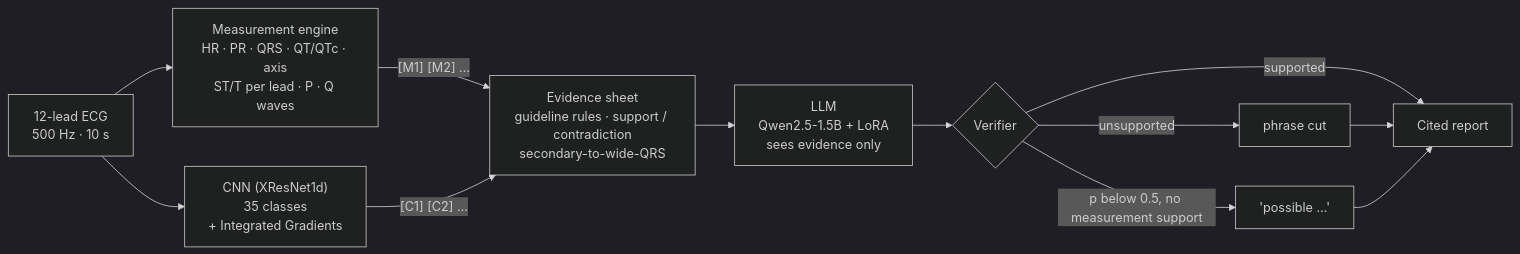
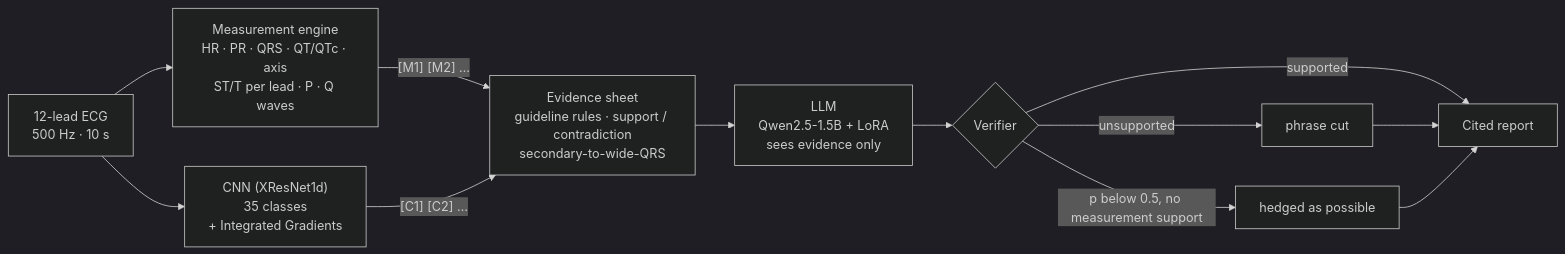
The diagram in README.md (aksh1009/Evidence-Grounded-ECG-Interpretation), drawn with Mermaid (dark theme) before and after one commit. The commit also changed other lines of this file, not shown here.

````diff
--- a/README.md
+++ b/README.md
@@ -76,14 +75,14 @@
 ```mermaid
 flowchart LR
     A["12-lead ECG<br/>500 Hz · 10 s"] --> B["Measurement engine<br/>HR · PR · QRS · QT/QTc · axis<br/>ST/T per lead · P · Q waves"]
     A --> C["CNN (XResNet1d)<br/>35 classes<br/>+ Integrated Gradients"]
     B -- "[M1] [M2] …" --> D["Evidence sheet<br/>guideline rules · support / contradiction<br/>secondary-to-wide-QRS"]
     C -- "[C1] [C2] …" --> D
     D --> E["LLM<br/>Qwen2.5-1.5B + LoRA<br/>sees evidence only"]
     E --> F{"Verifier"}
     F -- "supported" --> G["Cited report"]
     F -- "unsupported" --> H["phrase cut"]
-    F -- "p below 0.5, no measurement support" --> I["'possible …'"]
+    F -- "p below 0.5, no measurement support" --> I["hedged as possible"]
     H --> G
     I --> G
 ```
````
